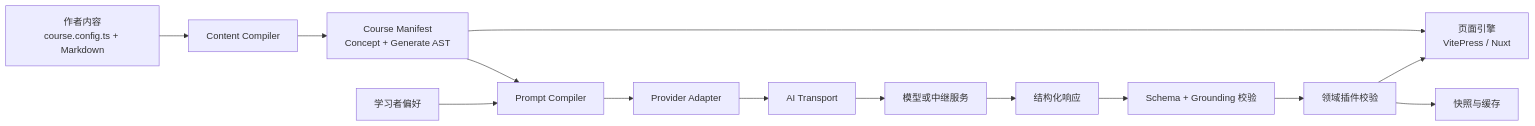
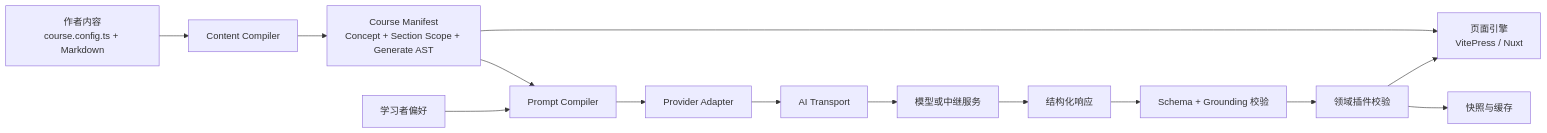
One commit to AzidoPP/gentorial changed the diagram in PLAN.md. Above: the diagram before and after it, drawn with Mermaid. The commit also changed other lines of this file and 64 other files, not shown here.

````diff
--- a/PLAN.md
+++ b/PLAN.md
@@ -146,16 +161,16 @@
 ```mermaid
 flowchart LR
   A["作者内容<br/>course.config.ts + Markdown"] --> B["Content Compiler"]
-  B --> C["Course Manifest<br/>Concept + Generate AST"]
+  B --> C["Course Manifest<br/>Concept + Section Scope + Generate AST"]
   C --> D["页面引擎<br/>VitePress / Nuxt"]
   C --> E["Prompt Compiler"]
   L["学习者偏好"] --> E
   E --> F["Provider Adapter"]
   F --> G["AI Transport"]
   G --> H["模型或中继服务"]
   H --> I["结构化响应"]
   I --> J["Schema + Grounding 校验"]
   J --> K["领域插件校验"]
   K --> D
   K --> M["快照与缓存"]
 ```
````
